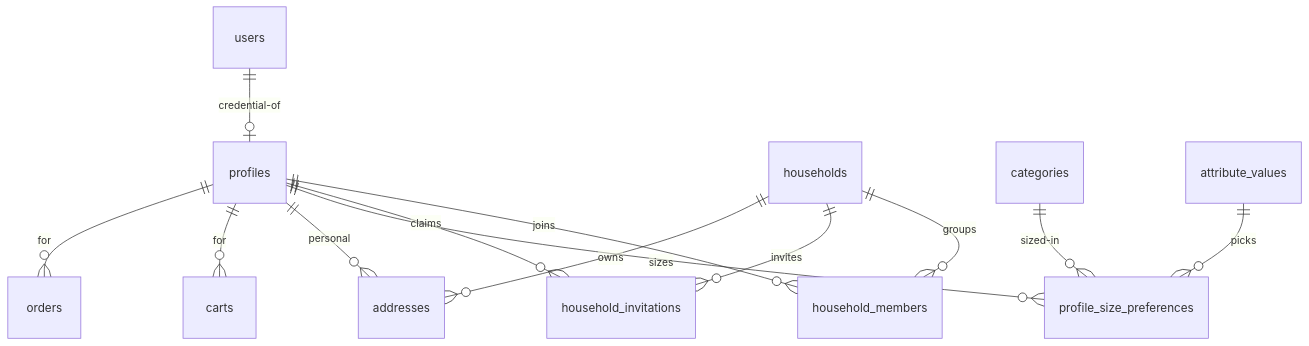
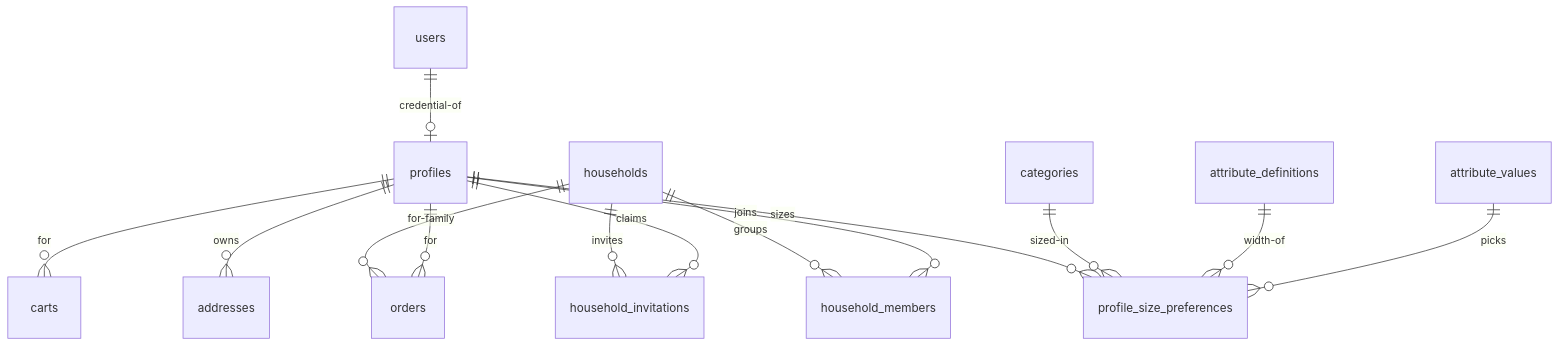
One commit to UnmarriedIdentity/the-unlugged-wear changed the diagram in DOC/backend/17-Household-Accounts.md. Above: the diagram before and after it, drawn with Mermaid. The commit also changed other lines of this file and 13 other files, not shown here.

````diff
--- a/DOC/backend/17-Household-Accounts.md
+++ b/DOC/backend/17-Household-Accounts.md
@@ -283,15 +337,16 @@
 ```mermaid
 erDiagram
     users ||--o| profiles : credential-of
     households ||--o{ household_members : groups
     profiles ||--o{ household_members : joins
     households ||--o{ household_invitations : invites
     profiles ||--o{ household_invitations : claims
     profiles ||--o{ profile_size_preferences : sizes
     categories ||--o{ profile_size_preferences : sized-in
+    attribute_definitions ||--o{ profile_size_preferences : width-of
     attribute_values ||--o{ profile_size_preferences : picks
-    households ||--o{ addresses : owns
-    profiles ||--o{ addresses : personal
+    profiles ||--o{ addresses : owns
     profiles ||--o{ carts : for
+    households ||--o{ orders : for-family
     profiles ||--o{ orders : for
 ```
````
